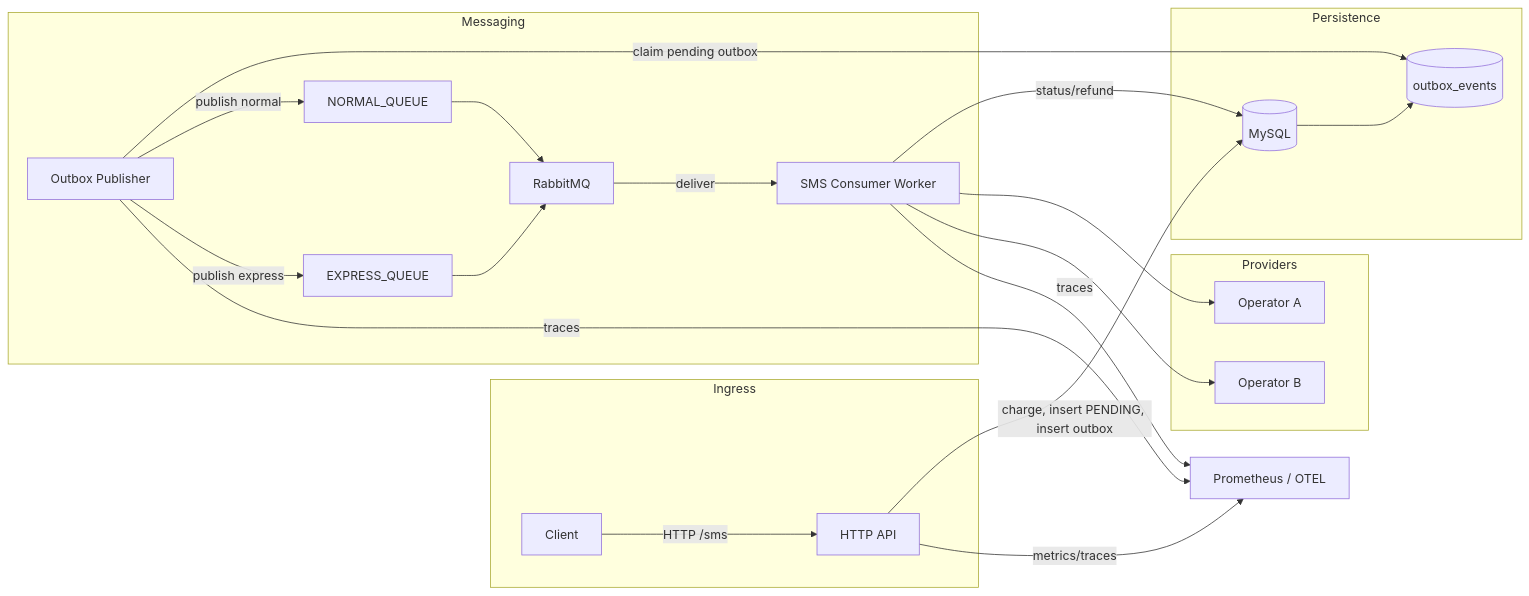
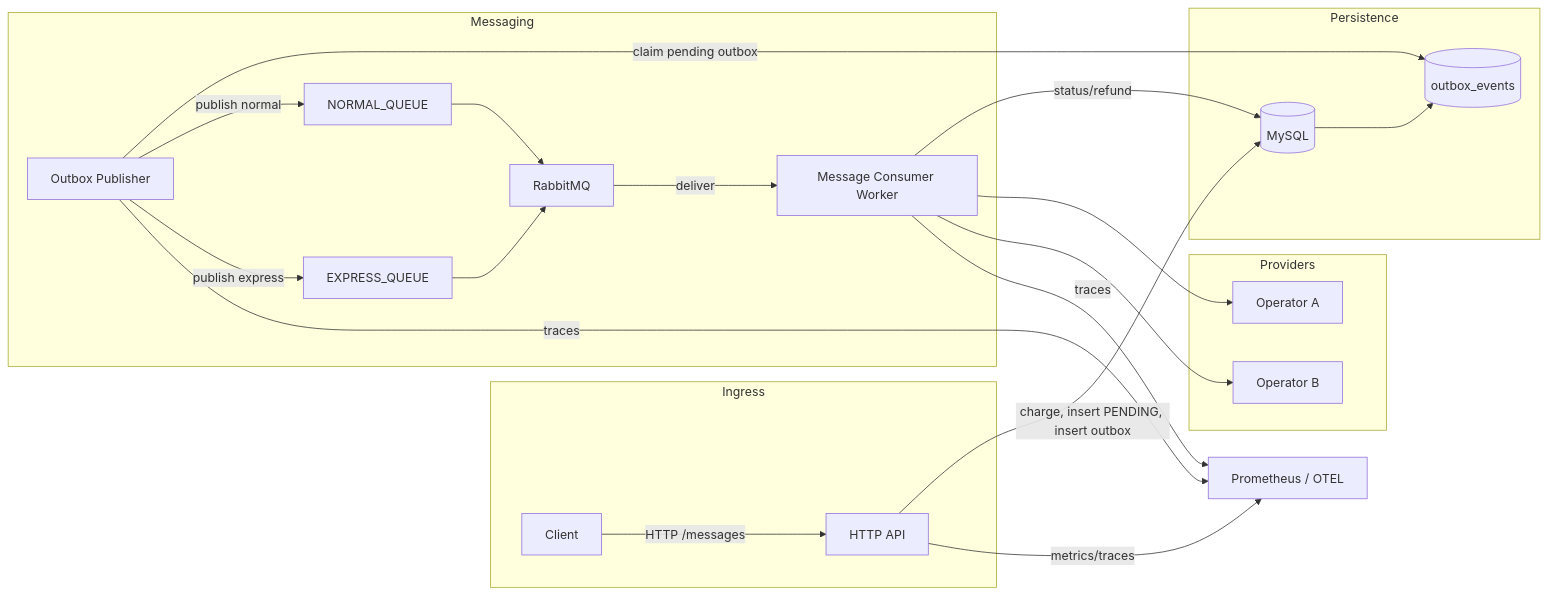
One commit to arminazimi/distributed-messaging-platform changed the first of 3 diagrams in README.md. Above: the diagram before and after it, drawn with Mermaid. The commit also changed other lines of this file and 27 other files, not shown here.

Commit message:
Rename SMS flow to message platform

````diff
--- a/README.md
+++ b/README.md
@@ -20,39 +20,39 @@
 ```mermaid
 graph LR
   subgraph Ingress
     Client[Client]
     API[HTTP API]
   end
   subgraph Persistence
     DB[(MySQL)]
     OUTBOX[(outbox_events)]
   end
   subgraph Messaging
     MQ[RabbitMQ]
     QN[NORMAL_QUEUE]
     QE[EXPRESS_QUEUE]
     Pub[Outbox Publisher]
-    Worker[SMS Consumer Worker]
+    Worker[Message Consumer Worker]
   end
   subgraph Providers
     OpA[Operator A]
     OpB[Operator B]
   end
   Obs[Prometheus / OTEL]
 
-  Client -->|HTTP /sms| API
+  Client -->|HTTP /messages| API
   API -->|charge, insert PENDING, insert outbox| DB
   DB --> OUTBOX
   Pub -->|claim pending outbox| OUTBOX
   Pub -->|publish normal| QN
   Pub -->|publish express| QE
   QN --> MQ
   QE --> MQ
   MQ -->|deliver| Worker
   Worker -->|status/refund| DB
   Worker --> OpA
   Worker --> OpB
   API -->|metrics/traces| Obs
   Pub -->|traces| Obs
   Worker -->|traces| Obs
 ```
````
